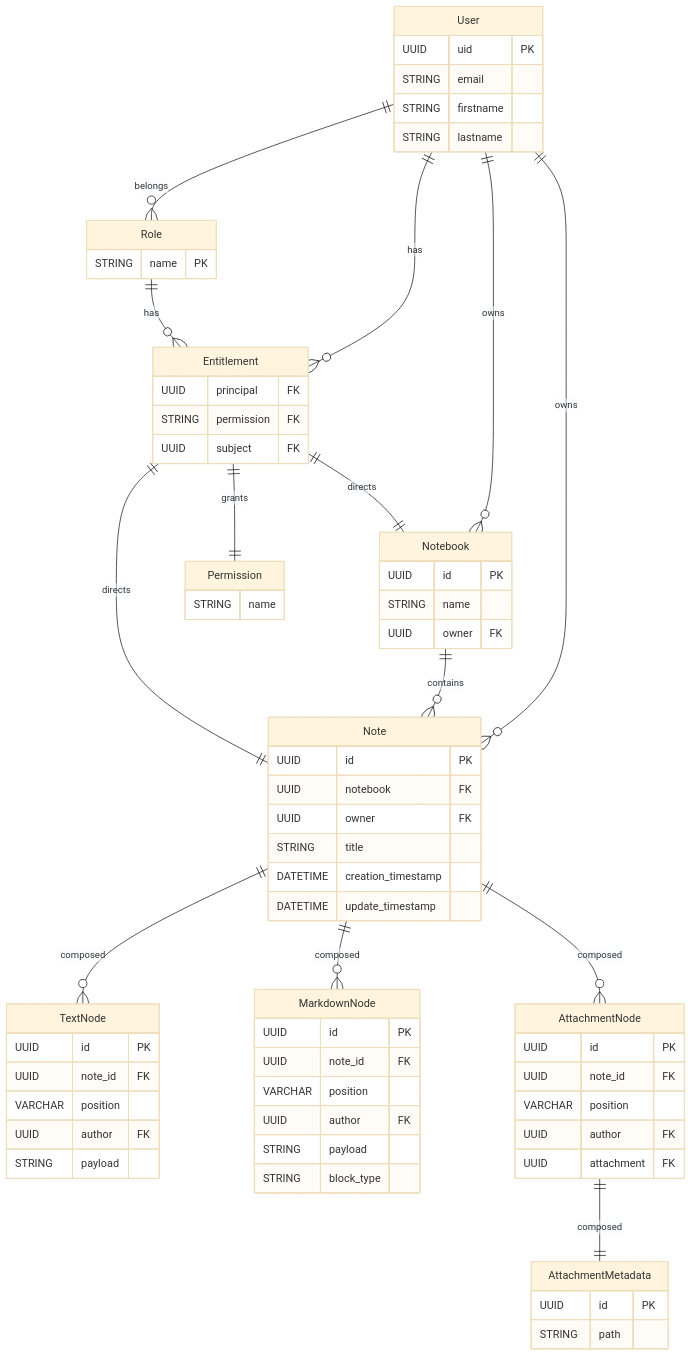
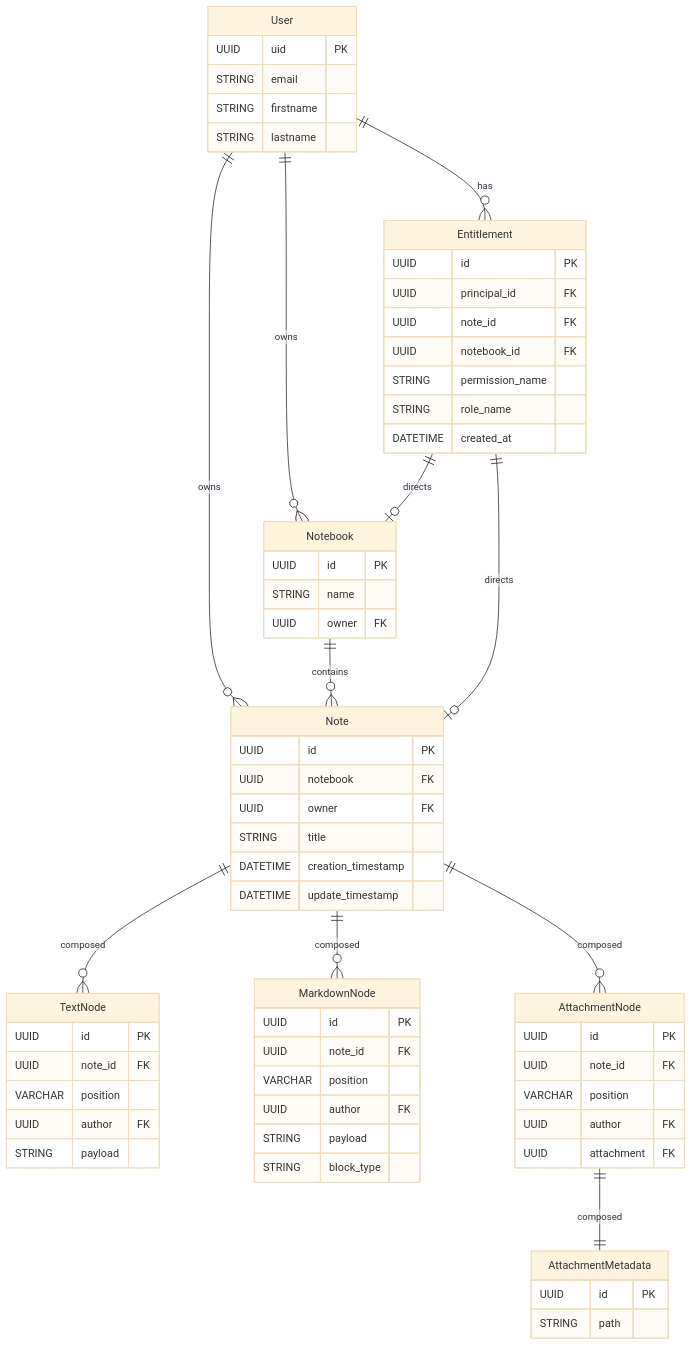
The diagram in docs/architecture/notesservice.md (fpacifici/assistant), drawn with Mermaid (base theme) before and after one commit. The commit also changed other lines of this file and 44 other files, not shown here.

````diff
--- a/docs/architecture/notesservice.md
+++ b/docs/architecture/notesservice.md
@@ -75,24 +75,17 @@
         STRING path
     }
 
-    Permission {
-        STRING name
-    }
-
     Entitlement {
-        UUID principal FK
-        STRING permission FK
-        UUID subject FK
-    }
-
-    Role {
-        STRING name PK
+        UUID id PK
+        UUID principal_id FK
+        UUID note_id FK
+        UUID notebook_id FK
+        STRING permission_name
+        STRING role_name
+        DATETIME created_at
     }
 
     User ||--o{ Entitlement : "has"
-    Role ||--o{ Entitlement : "has"
-    Entitlement ||--|| Permission : "grants"
-    Entitlement ||--|| Note : "directs"
-    Entitlement ||--|| Notebook : "directs"
-    User ||--o{ Role : "belongs"
+    Entitlement ||--o| Note : "directs"
+    Entitlement ||--o| Notebook : "directs"
 ```
````
